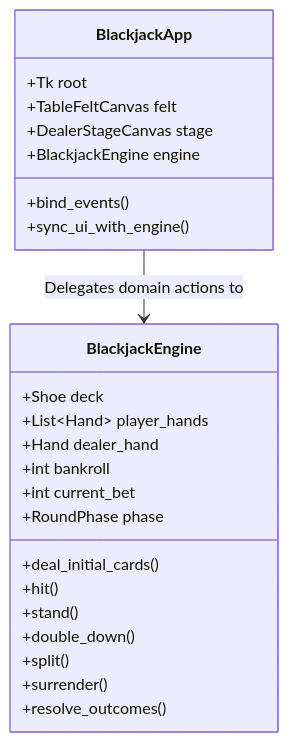
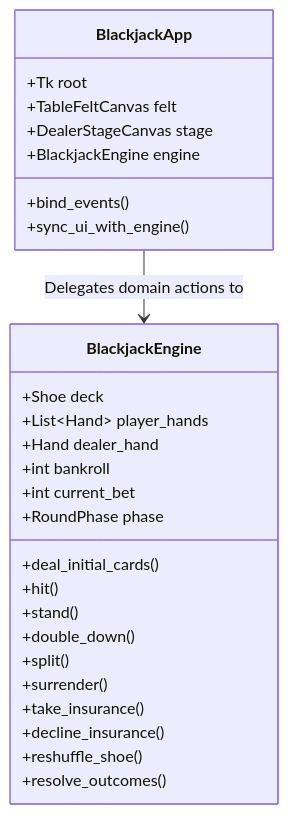
Before and after one commit to OldSnakey/blackjack: the third of 4 diagrams in docs/ARCHITECTURE_CRC.md, drawn with Mermaid. The commit also changed other lines of this file and 10 other files, not shown here.

````diff
--- a/docs/ARCHITECTURE_CRC.md
+++ b/docs/ARCHITECTURE_CRC.md
@@ -419,29 +419,32 @@
 ```mermaid
 classDiagram
     class BlackjackEngine {
         +Shoe deck
         +List~Hand~ player_hands
         +Hand dealer_hand
         +int bankroll
         +int current_bet
         +RoundPhase phase
         +deal_initial_cards()
         +hit()
         +stand()
         +double_down()
         +split()
         +surrender()
+        +take_insurance()
+        +decline_insurance()
+        +reshuffle_shoe()
         +resolve_outcomes()
     }
 
     class BlackjackApp {
         +Tk root
         +TableFeltCanvas felt
         +DealerStageCanvas stage
         +BlackjackEngine engine
         +bind_events()
         +sync_ui_with_engine()
     }
 
     BlackjackApp --> BlackjackEngine : Delegates domain actions to
 ```
````
